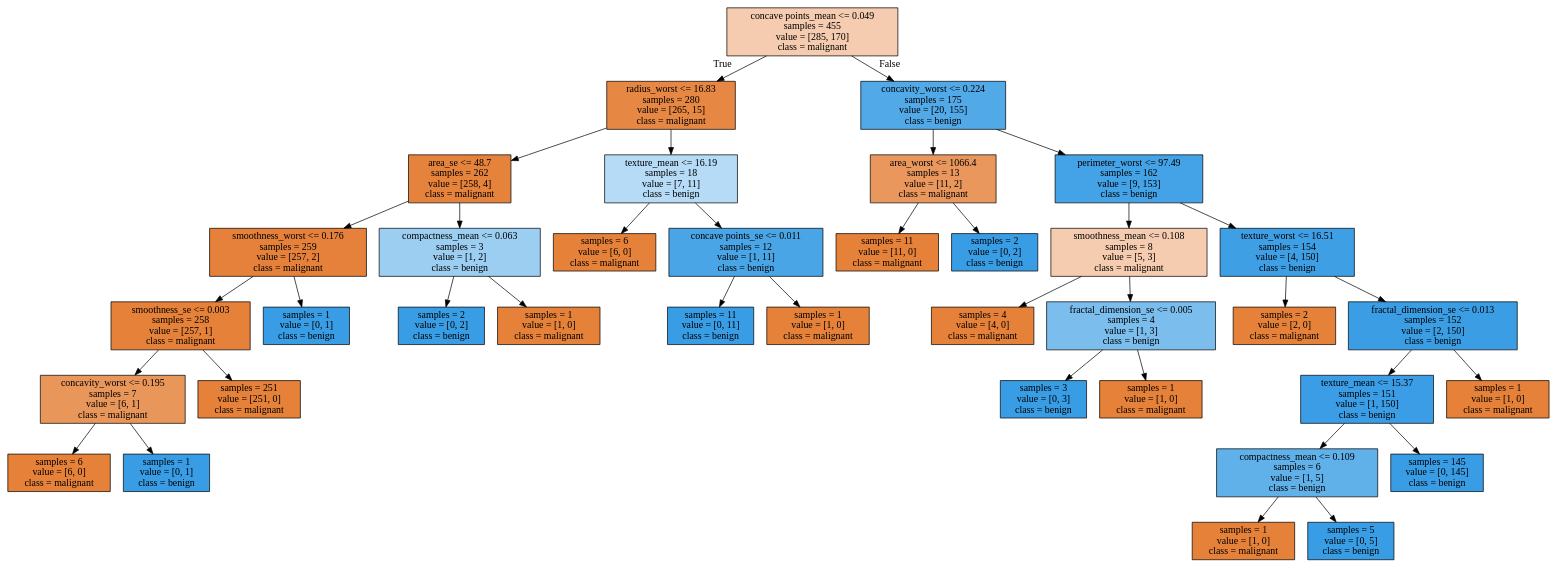
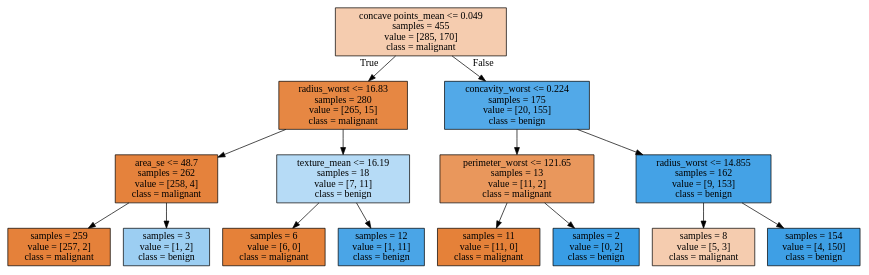
The diagram in tree.dot (akruskal/Random_forest_ML_Python), drawn with Graphviz before and after one commit. The commit also changed 2 other files, not shown here.

```diff
--- a/tree.dot
+++ b/tree.dot
@@ -1,76 +1,32 @@
 digraph Tree {
 node [shape=box, style="filled", color="black"] ;
 0 [label="concave points_mean <= 0.049\nsamples = 455\nvalue = [285, 170]\nclass = malignant", fillcolor="#e5813967"] ;
 1 [label="radius_worst <= 16.83\nsamples = 280\nvalue = [265, 15]\nclass = malignant", fillcolor="#e58139f1"] ;
 0 -> 1 [labeldistance=2.5, labelangle=45, headlabel="True"] ;
 2 [label="area_se <= 48.7\nsamples = 262\nvalue = [258, 4]\nclass = malignant", fillcolor="#e58139fb"] ;
 1 -> 2 ;
-3 [label="smoothness_worst <= 0.176\nsamples = 259\nvalue = [257, 2]\nclass = malignant", fillcolor="#e58139fd"] ;
+3 [label="samples = 259\nvalue = [257, 2]\nclass = malignant", fillcolor="#e58139fd"] ;
 2 -> 3 ;
-4 [label="smoothness_se <= 0.003\nsamples = 258\nvalue = [257, 1]\nclass = malignant", fillcolor="#e58139fe"] ;
-3 -> 4 ;
-5 [label="concavity_worst <= 0.195\nsamples = 7\nvalue = [6, 1]\nclass = malignant", fillcolor="#e58139d4"] ;
-4 -> 5 ;
+4 [label="samples = 3\nvalue = [1, 2]\nclass = benign", fillcolor="#399de57f"] ;
+2 -> 4 ;
+5 [label="texture_mean <= 16.19\nsamples = 18\nvalue = [7, 11]\nclass = benign", fillcolor="#399de55d"] ;
+1 -> 5 ;
 6 [label="samples = 6\nvalue = [6, 0]\nclass = malignant", fillcolor="#e58139ff"] ;
 5 -> 6 ;
-7 [label="samples = 1\nvalue = [0, 1]\nclass = benign", fillcolor="#399de5ff"] ;
+7 [label="samples = 12\nvalue = [1, 11]\nclass = benign", fillcolor="#399de5e8"] ;
 5 -> 7 ;
-8 [label="samples = 251\nvalue = [251, 0]\nclass = malignant", fillcolor="#e58139ff"] ;
-4 -> 8 ;
-9 [label="samples = 1\nvalue = [0, 1]\nclass = benign", fillcolor="#399de5ff"] ;
-3 -> 9 ;
-10 [label="compactness_mean <= 0.063\nsamples = 3\nvalue = [1, 2]\nclass = benign", fillcolor="#399de57f"] ;
-2 -> 10 ;
+8 [label="concavity_worst <= 0.224\nsamples = 175\nvalue = [20, 155]\nclass = benign", fillcolor="#399de5de"] ;
+0 -> 8 [labeldistance=2.5, labelangle=-45, headlabel="False"] ;
+9 [label="perimeter_worst <= 121.65\nsamples = 13\nvalue = [11, 2]\nclass = malignant", fillcolor="#e58139d1"] ;
+8 -> 9 ;
+10 [label="samples = 11\nvalue = [11, 0]\nclass = malignant", fillcolor="#e58139ff"] ;
+9 -> 10 ;
 11 [label="samples = 2\nvalue = [0, 2]\nclass = benign", fillcolor="#399de5ff"] ;
-10 -> 11 ;
-12 [label="samples = 1\nvalue = [1, 0]\nclass = malignant", fillcolor="#e58139ff"] ;
-10 -> 12 ;
-13 [label="texture_mean <= 16.19\nsamples = 18\nvalue = [7, 11]\nclass = benign", fillcolor="#399de55d"] ;
-1 -> 13 ;
-14 [label="samples = 6\nvalue = [6, 0]\nclass = malignant", fillcolor="#e58139ff"] ;
-13 -> 14 ;
-15 [label="concave points_se <= 0.011\nsamples = 12\nvalue = [1, 11]\nclass = benign", fillcolor="#399de5e8"] ;
-13 -> 15 ;
-16 [label="samples = 11\nvalue = [0, 11]\nclass = benign", fillcolor="#399de5ff"] ;
-15 -> 16 ;
-17 [label="samples = 1\nvalue = [1, 0]\nclass = malignant", fillcolor="#e58139ff"] ;
-15 -> 17 ;
-18 [label="concavity_worst <= 0.224\nsamples = 175\nvalue = [20, 155]\nclass = benign", fillcolor="#399de5de"] ;
-0 -> 18 [labeldistance=2.5, labelangle=-45, headlabel="False"] ;
-19 [label="area_worst <= 1066.4\nsamples = 13\nvalue = [11, 2]\nclass = malignant", fillcolor="#e58139d1"] ;
-18 -> 19 ;
-20 [label="samples = 11\nvalue = [11, 0]\nclass = malignant", fillcolor="#e58139ff"] ;
-19 -> 20 ;
-21 [label="samples = 2\nvalue = [0, 2]\nclass = benign", fillcolor="#399de5ff"] ;
-19 -> 21 ;
-22 [label="perimeter_worst <= 97.49\nsamples = 162\nvalue = [9, 153]\nclass = benign", fillcolor="#399de5f0"] ;
-18 -> 22 ;
-23 [label="smoothness_mean <= 0.108\nsamples = 8\nvalue = [5, 3]\nclass = malignant", fillcolor="#e5813966"] ;
-22 -> 23 ;
-24 [label="samples = 4\nvalue = [4, 0]\nclass = malignant", fillcolor="#e58139ff"] ;
-23 -> 24 ;
-25 [label="fractal_dimension_se <= 0.005\nsamples = 4\nvalue = [1, 3]\nclass = benign", fillcolor="#399de5aa"] ;
-23 -> 25 ;
-26 [label="samples = 3\nvalue = [0, 3]\nclass = benign", fillcolor="#399de5ff"] ;
-25 -> 26 ;
-27 [label="samples = 1\nvalue = [1, 0]\nclass = malignant", fillcolor="#e58139ff"] ;
-25 -> 27 ;
-28 [label="texture_worst <= 16.51\nsamples = 154\nvalue = [4, 150]\nclass = benign", fillcolor="#399de5f8"] ;
-22 -> 28 ;
-29 [label="samples = 2\nvalue = [2, 0]\nclass = malignant", fillcolor="#e58139ff"] ;
-28 -> 29 ;
-30 [label="fractal_dimension_se <= 0.013\nsamples = 152\nvalue = [2, 150]\nclass = benign", fillcolor="#399de5fc"] ;
-28 -> 30 ;
-31 [label="texture_mean <= 15.37\nsamples = 151\nvalue = [1, 150]\nclass = benign", fillcolor="#399de5fd"] ;
-30 -> 31 ;
-32 [label="compactness_mean <= 0.109\nsamples = 6\nvalue = [1, 5]\nclass = benign", fillcolor="#399de5cc"] ;
-31 -> 32 ;
-33 [label="samples = 1\nvalue = [1, 0]\nclass = malignant", fillcolor="#e58139ff"] ;
-32 -> 33 ;
-34 [label="samples = 5\nvalue = [0, 5]\nclass = benign", fillcolor="#399de5ff"] ;
-32 -> 34 ;
-35 [label="samples = 145\nvalue = [0, 145]\nclass = benign", fillcolor="#399de5ff"] ;
-31 -> 35 ;
-36 [label="samples = 1\nvalue = [1, 0]\nclass = malignant", fillcolor="#e58139ff"] ;
-30 -> 36 ;
+9 -> 11 ;
+12 [label="radius_worst <= 14.855\nsamples = 162\nvalue = [9, 153]\nclass = benign", fillcolor="#399de5f0"] ;
+8 -> 12 ;
+13 [label="samples = 8\nvalue = [5, 3]\nclass = malignant", fillcolor="#e5813966"] ;
+12 -> 13 ;
+14 [label="samples = 154\nvalue = [4, 150]\nclass = benign", fillcolor="#399de5f8"] ;
+12 -> 14 ;
 }
```
